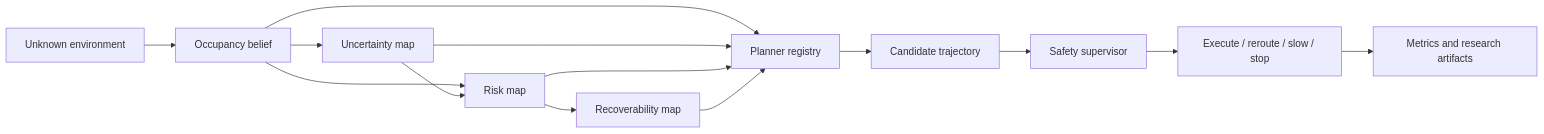
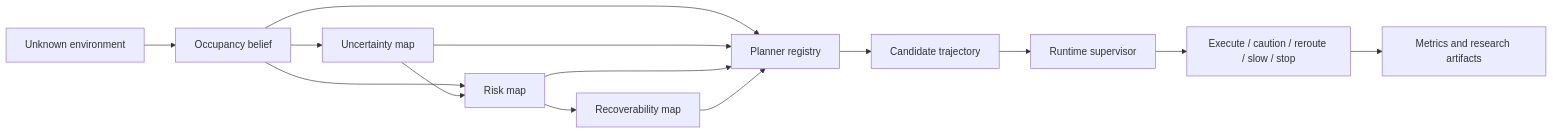
The first of 2 diagrams in README.md (panagiotagrosdouli/uncertainty-aware-navigation), drawn with Mermaid before and after one commit. The commit also changed other lines of this file, not shown here.

````diff
--- a/README.md
+++ b/README.md
@@ -40,16 +100,16 @@
 ```mermaid
 flowchart LR
     W[Unknown environment] --> B[Occupancy belief]
     B --> U[Uncertainty map]
     B --> R[Risk map]
     U --> R
     R --> C[Recoverability map]
     B --> P[Planner registry]
     U --> P
     R --> P
     C --> P
     P --> T[Candidate trajectory]
-    T --> S[Safety supervisor]
-    S --> A[Execute / reroute / slow / stop]
+    T --> S[Runtime supervisor]
+    S --> A[Execute / caution / reroute / slow / stop]
     A --> M[Metrics and research artifacts]
 ```
````
